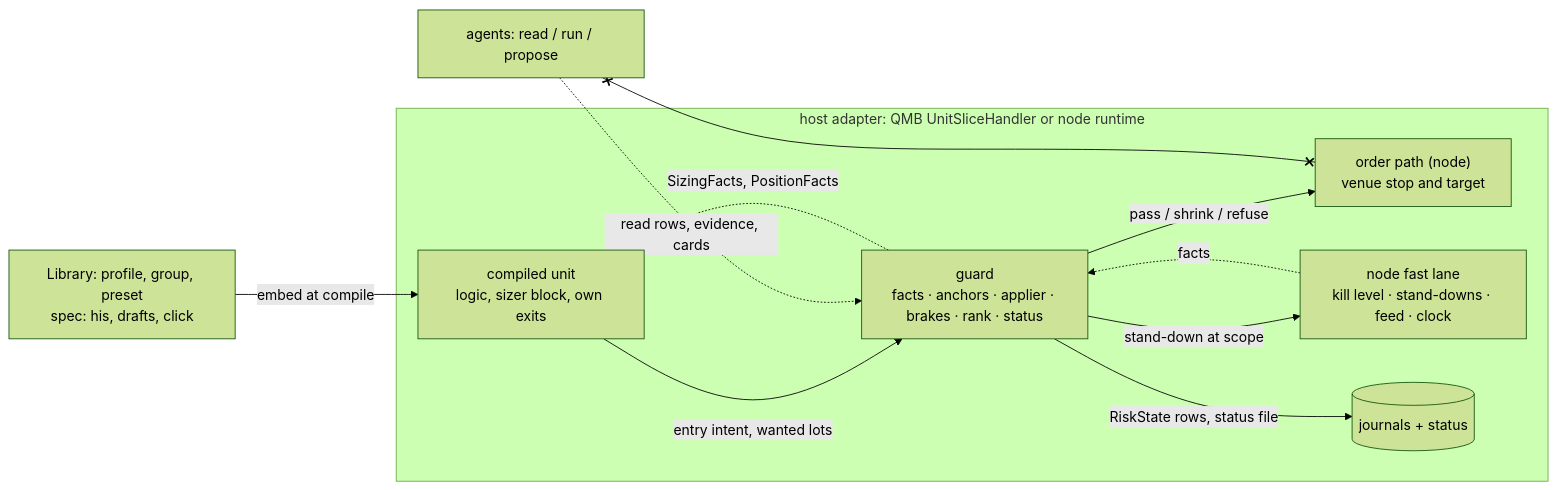
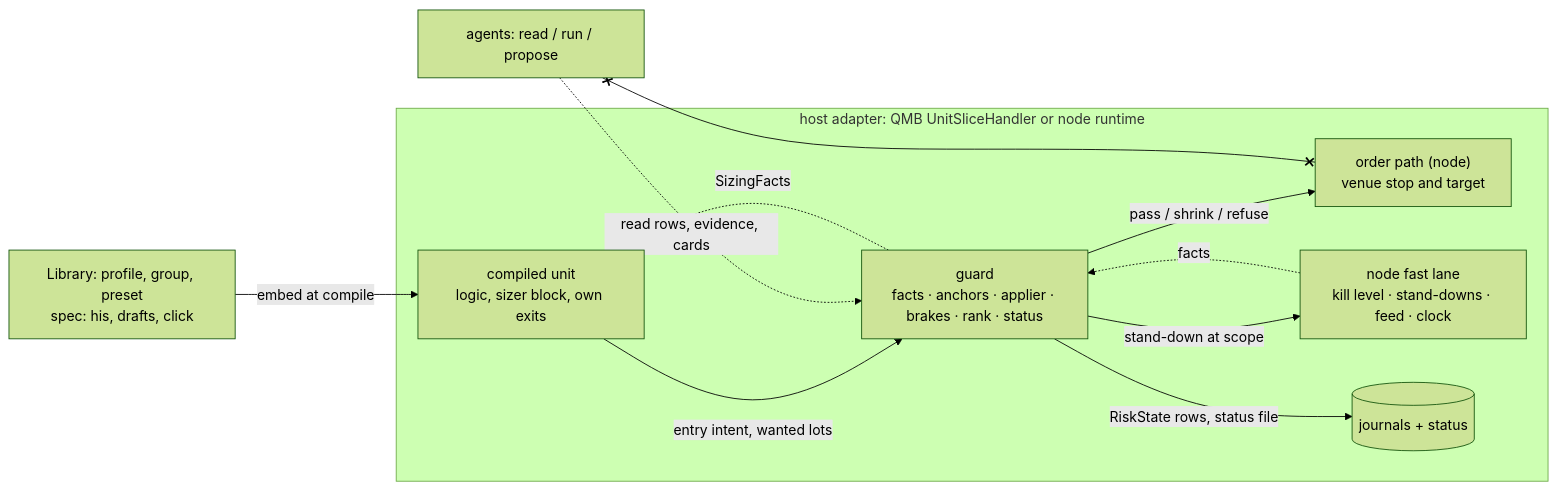
Before and after one commit to mubarakhimself-byte/QMX: the diagram in tracker/risk-core/architecture/SPINE.md, drawn with Mermaid (forest theme). The commit also changed other lines of this file and 17 other files, not shown here.

````diff
--- a/tracker/risk-core/architecture/SPINE.md
+++ b/tracker/risk-core/architecture/SPINE.md
@@ -36,14 +36,14 @@
 ```mermaid
 flowchart LR
   L["Library: profile, group, preset<br/>spec: his, drafts, click"] -->|embed at compile| U
   subgraph host["host adapter: QMB UnitSliceHandler or node runtime"]
     U["compiled unit<br/>logic, sizer block, own exits"] -->|entry intent, wanted lots| G
     G["guard<br/>facts · anchors · applier · brakes · rank · status"] -->|pass / shrink / refuse| O["order path (node)<br/>venue stop and target"]
-    G -.->|SizingFacts, PositionFacts| U
+    G -.->|SizingFacts| U
     N["node fast lane<br/>kill level · stand-downs · feed · clock"] -.->|facts| G
     G -->|stand-down at scope| N
     G -->|RiskState rows, status file| J[("journals + status")]
   end
   A["agents: read / run / propose"] -.->|read rows, evidence, cards| G
   A x--x O
 ```
````
